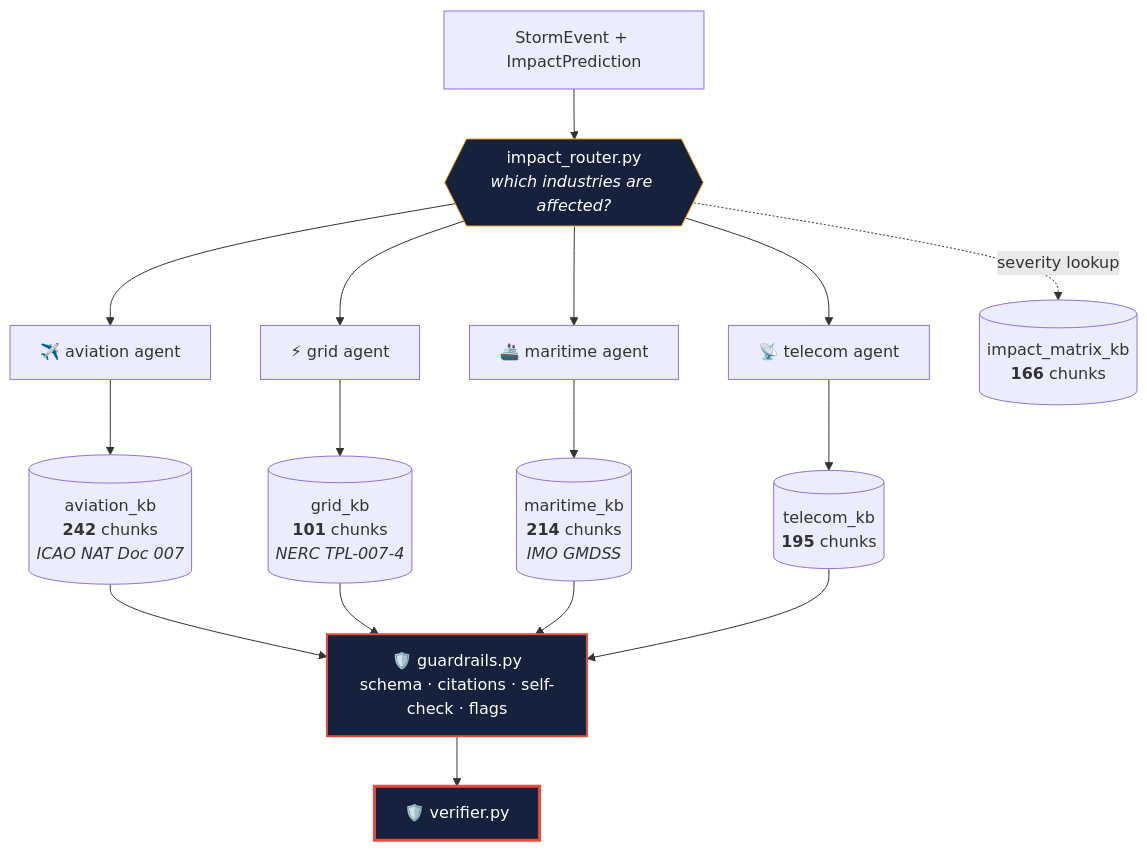
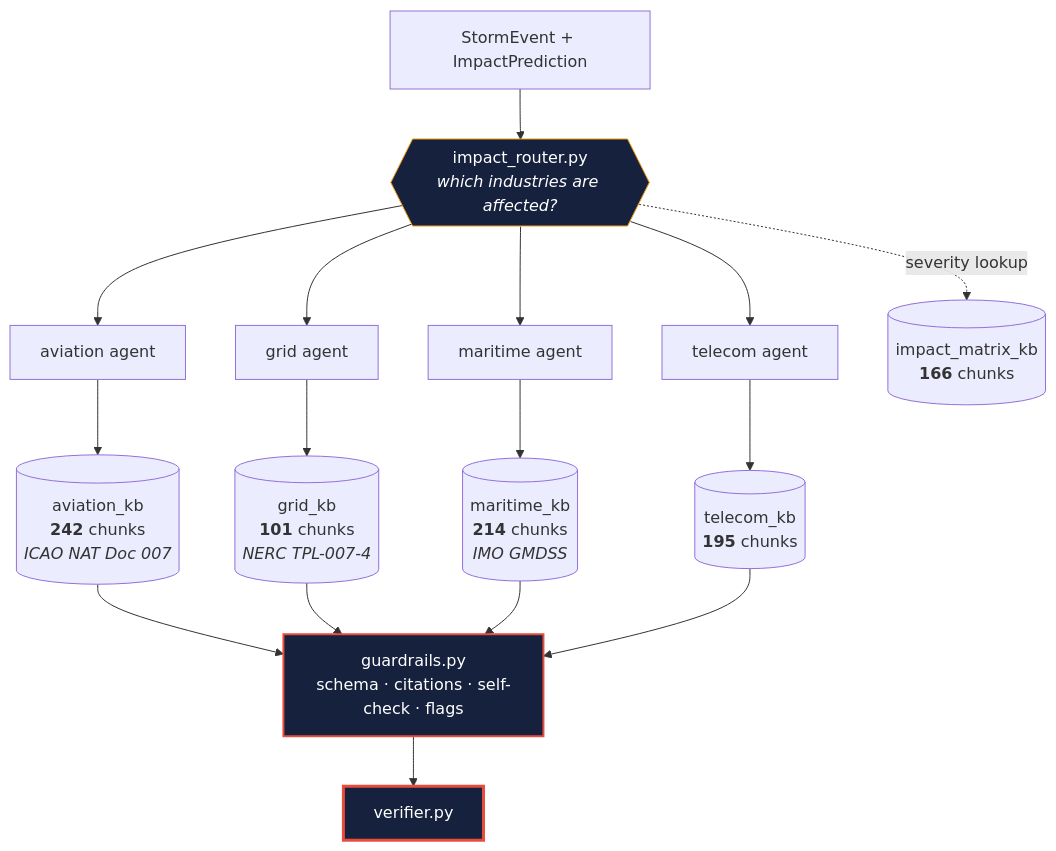
Before and after one commit to trh-ds/HelioOps: the third of 6 diagrams in README.md, drawn with Mermaid. The commit also changed other lines of this file, not shown here.

````diff
--- a/README.md
+++ b/README.md
@@ -350,24 +350,24 @@
 ```mermaid
 flowchart TD
     SE["StormEvent + ImpactPrediction"] --> R{{"impact_router.py<br/><i>which industries are affected?</i>"}}
-    R --> AV["✈️ aviation agent"]
-    R --> GR["⚡ grid agent"]
-    R --> MA["🚢 maritime agent"]
-    R --> TE["📡 telecom agent"]
+    R --> AV["aviation agent"]
+    R --> GR["grid agent"]
+    R --> MA["maritime agent"]
+    R --> TE["telecom agent"]
 
     AV --> KB1[("aviation_kb<br/><b>242</b> chunks<br/><i>ICAO NAT Doc 007</i>")]
     GR --> KB2[("grid_kb<br/><b>101</b> chunks<br/><i>NERC TPL-007-4</i>")]
     MA --> KB3[("maritime_kb<br/><b>214</b> chunks<br/><i>IMO GMDSS</i>")]
     TE --> KB4[("telecom_kb<br/><b>195</b> chunks")]
     R -.severity lookup.-> KB5[("impact_matrix_kb<br/><b>166</b> chunks")]
 
-    KB1 --> G["🛡️ guardrails.py<br/>schema · citations · self-check · flags"]
+    KB1 --> G["guardrails.py<br/>schema · citations · self-check · flags"]
     KB2 --> G
     KB3 --> G
     KB4 --> G
-    G --> V["🛡️ verifier.py"]
+    G --> V["verifier.py"]
 
     style R fill:#16213e,stroke:#f39c12,color:#fff
     style G fill:#16213e,stroke:#e74c3c,stroke-width:2px,color:#fff
     style V fill:#16213e,stroke:#e74c3c,stroke-width:3px,color:#fff
 ```
````
